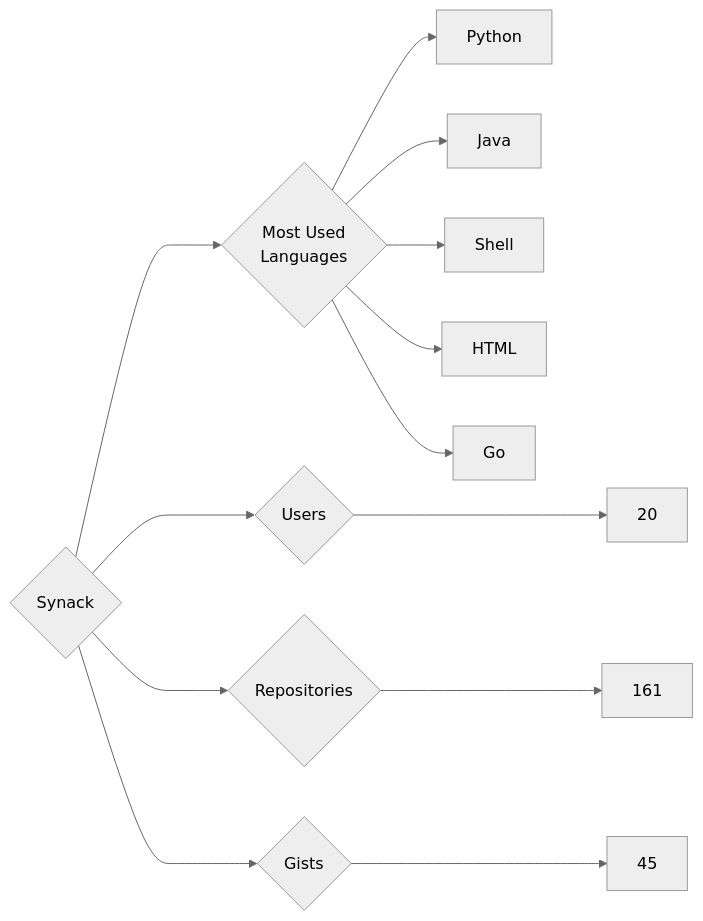
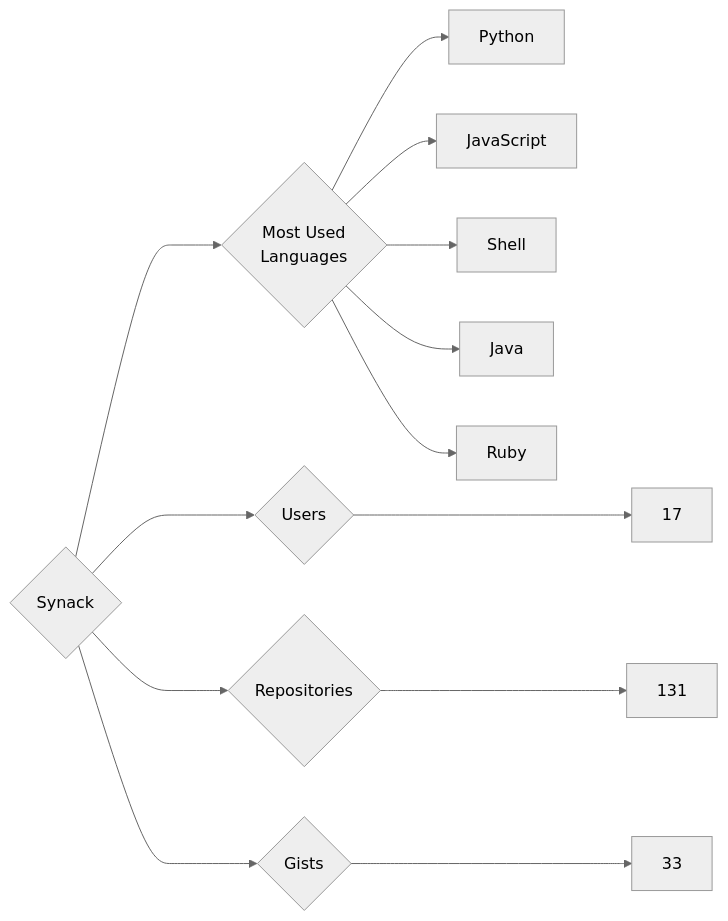
Before and after one commit to trickest/insiders: the diagram in targets/Synack/README.md, drawn with Mermaid (neutral theme). The commit also changed 976 other files, not shown here.

````diff
--- a/targets/Synack/README.md
+++ b/targets/Synack/README.md
@@ -3,13 +3,13 @@
 ```mermaid
 graph LR
 COMPANY_NAME{Synack}
-COMPANY_NAME ---> U{Users} ---> UN[20]
-COMPANY_NAME ---> R{Repositories} ---> RN[161]
-COMPANY_NAME ---> G{Gists} ---> GN[45]
+COMPANY_NAME ---> U{Users} ---> UN[17]
+COMPANY_NAME ---> R{Repositories} ---> RN[131]
+COMPANY_NAME ---> G{Gists} ---> GN[33]
 COMPANY_NAME ---> ML{Most Used<br>Languages}
 ML --> Python[Python]
+ML --> JavaScript[JavaScript]
+ML --> Shell[Shell]
 ML --> Java[Java]
-ML --> Shell[Shell]
-ML --> HTML[HTML]
-ML --> Go[Go]
+ML --> Ruby[Ruby]
 ```
````
